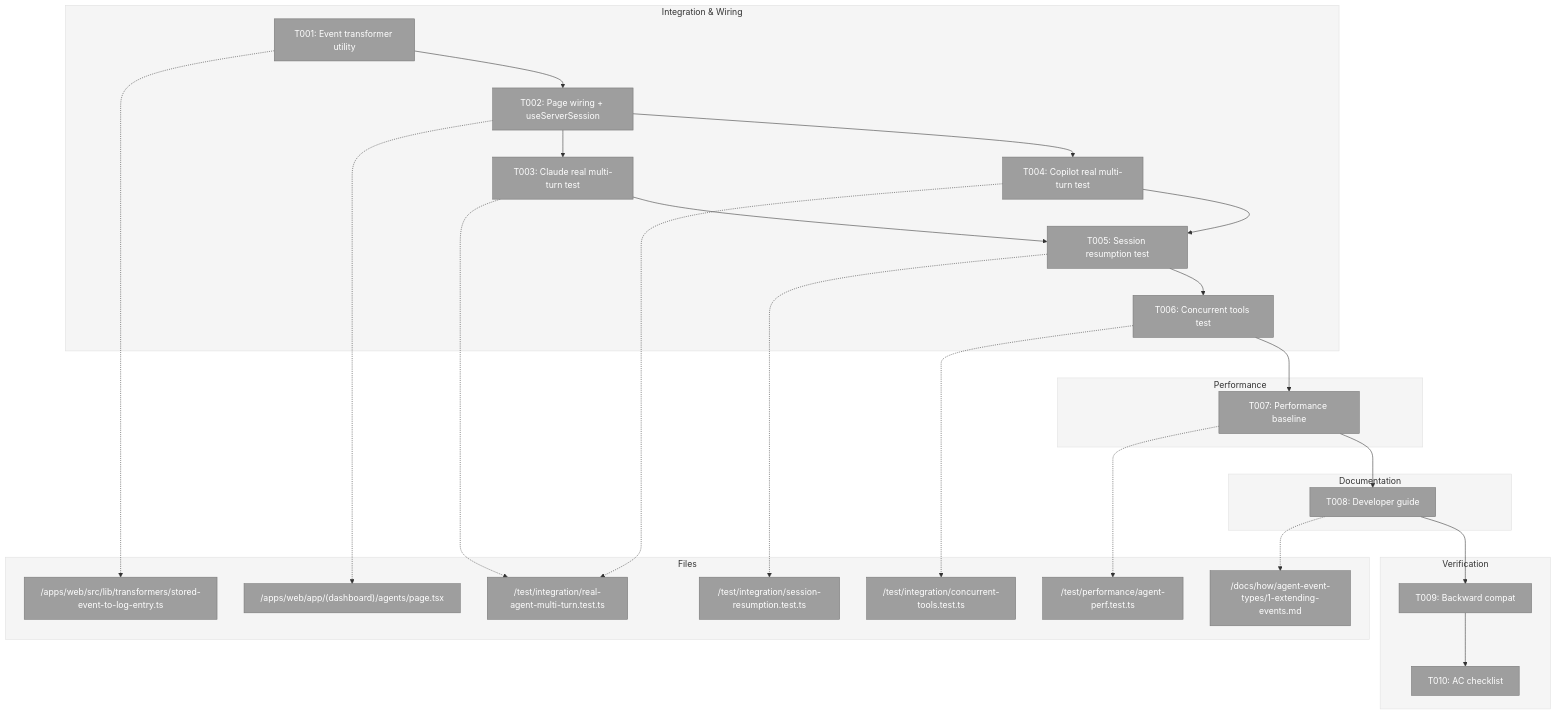
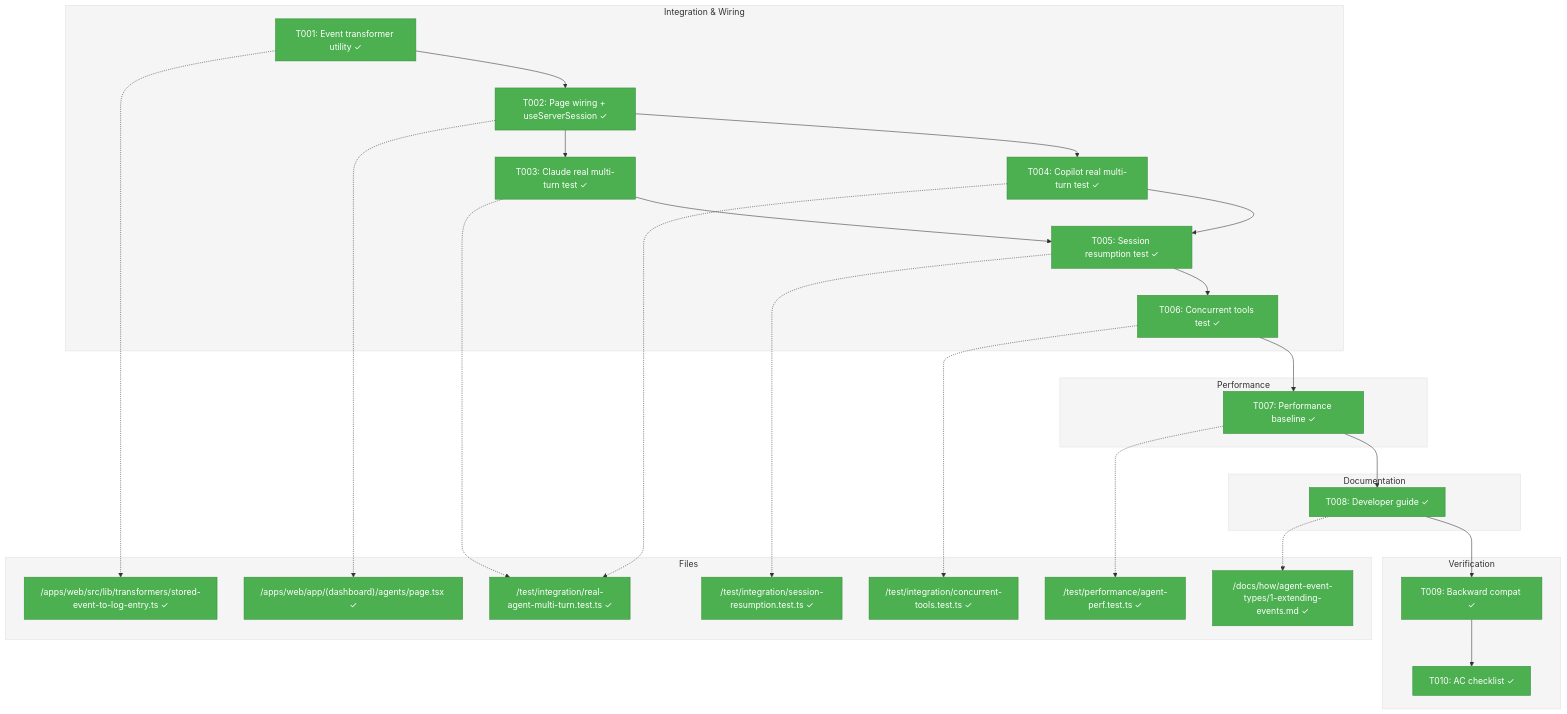
Before and after one commit to AI-Substrate/chainglass: the first of 3 diagrams in docs/plans/015-better-agents/tasks/phase-5-integration-accessibility/tasks.md, drawn with Mermaid. The commit also changed other lines of this file and 12 other files, not shown here.

````diff
--- a/docs/plans/015-better-agents/tasks/phase-5-integration-accessibility/tasks.md
+++ b/docs/plans/015-better-agents/tasks/phase-5-integration-accessibility/tasks.md
@@ -92,68 +92,68 @@
 ```mermaid
 flowchart TD
     classDef pending fill:#9E9E9E,stroke:#757575,color:#fff
     classDef inprogress fill:#FF9800,stroke:#F57C00,color:#fff
     classDef completed fill:#4CAF50,stroke:#388E3C,color:#fff
     classDef blocked fill:#F44336,stroke:#D32F2F,color:#fff
 
     style Integration fill:#F5F5F5,stroke:#E0E0E0
     style Perf fill:#F5F5F5,stroke:#E0E0E0
     style Docs fill:#F5F5F5,stroke:#E0E0E0
     style Verify fill:#F5F5F5,stroke:#E0E0E0
     style Files fill:#F5F5F5,stroke:#E0E0E0
 
     subgraph Integration["Integration & Wiring"]
-        T001["T001: Event transformer utility"]:::pending
-        T002["T002: Page wiring + useServerSession"]:::pending
-        T003["T003: Claude real multi-turn test"]:::pending
-        T004["T004: Copilot real multi-turn test"]:::pending
-        T005["T005: Session resumption test"]:::pending
-        T006["T006: Concurrent tools test"]:::pending
+        T001["T001: Event transformer utility ✓"]:::completed
+        T002["T002: Page wiring + useServerSession ✓"]:::completed
+        T003["T003: Claude real multi-turn test ✓"]:::completed
+        T004["T004: Copilot real multi-turn test ✓"]:::completed
+        T005["T005: Session resumption test ✓"]:::completed
+        T006["T006: Concurrent tools test ✓"]:::completed
         
         T001 --> T002
         T002 --> T003
         T002 --> T004
         T003 --> T005
         T004 --> T005
         T005 --> T006
     end
 
     subgraph Perf["Performance"]
-        T007["T007: Performance baseline"]:::pending
+        T007["T007: Performance baseline ✓"]:::completed
         
         T006 --> T007
     end
 
     subgraph Docs["Documentation"]
-        T008["T008: Developer guide"]:::pending
+        T008["T008: Developer guide ✓"]:::completed
         
         T007 --> T008
     end
 
     subgraph Verify["Verification"]
-        T009["T009: Backward compat"]:::pending
-        T010["T010: AC checklist"]:::pending
+        T009["T009: Backward compat ✓"]:::completed
+        T010["T010: AC checklist ✓"]:::completed
         
         T008 --> T009
         T009 --> T010
     end
 
     subgraph Files["Files"]
-        F1["/apps/web/src/lib/transformers/stored-event-to-log-entry.ts"]:::pending
-        F2["/apps/web/app/(dashboard)/agents/page.tsx"]:::pending
-        F3["/test/integration/real-agent-multi-turn.test.ts"]:::pending
-        F4["/test/integration/session-resumption.test.ts"]:::pending
-        F5["/test/integration/concurrent-tools.test.ts"]:::pending
-        F6["/test/performance/agent-perf.test.ts"]:::pending
-        F7["/docs/how/agent-event-types/1-extending-events.md"]:::pending
+        F1["/apps/web/src/lib/transformers/stored-event-to-log-entry.ts ✓"]:::completed
+        F2["/apps/web/app/(dashboard)/agents/page.tsx ✓"]:::completed
+        F3["/test/integration/real-agent-multi-turn.test.ts ✓"]:::completed
+        F4["/test/integration/session-resumption.test.ts ✓"]:::completed
+        F5["/test/integration/concurrent-tools.test.ts ✓"]:::completed
+        F6["/test/performance/agent-perf.test.ts ✓"]:::completed
+        F7["/docs/how/agent-event-types/1-extending-events.md ✓"]:::completed
     end
 
     T001 -.-> F1
     T002 -.-> F2
     T003 -.-> F3
     T004 -.-> F3
     T005 -.-> F4
     T006 -.-> F5
     T007 -.-> F6
     T008 -.-> F7
 ```
````
